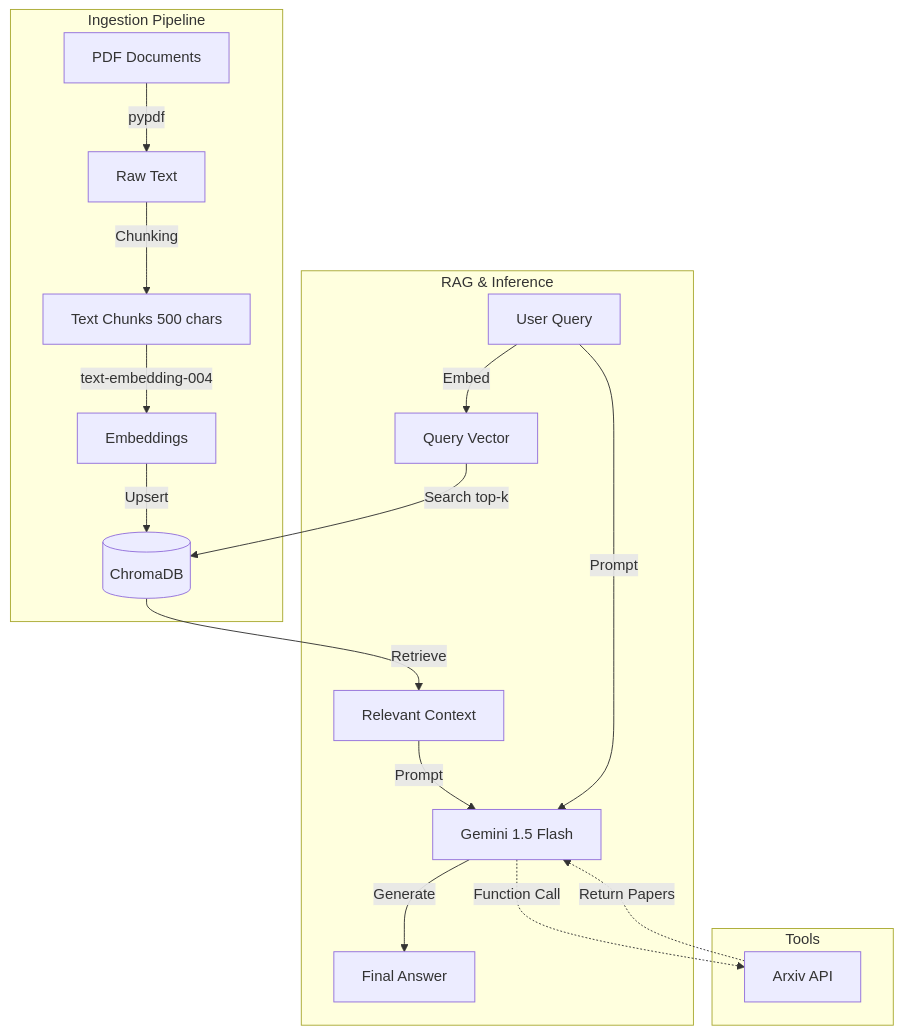
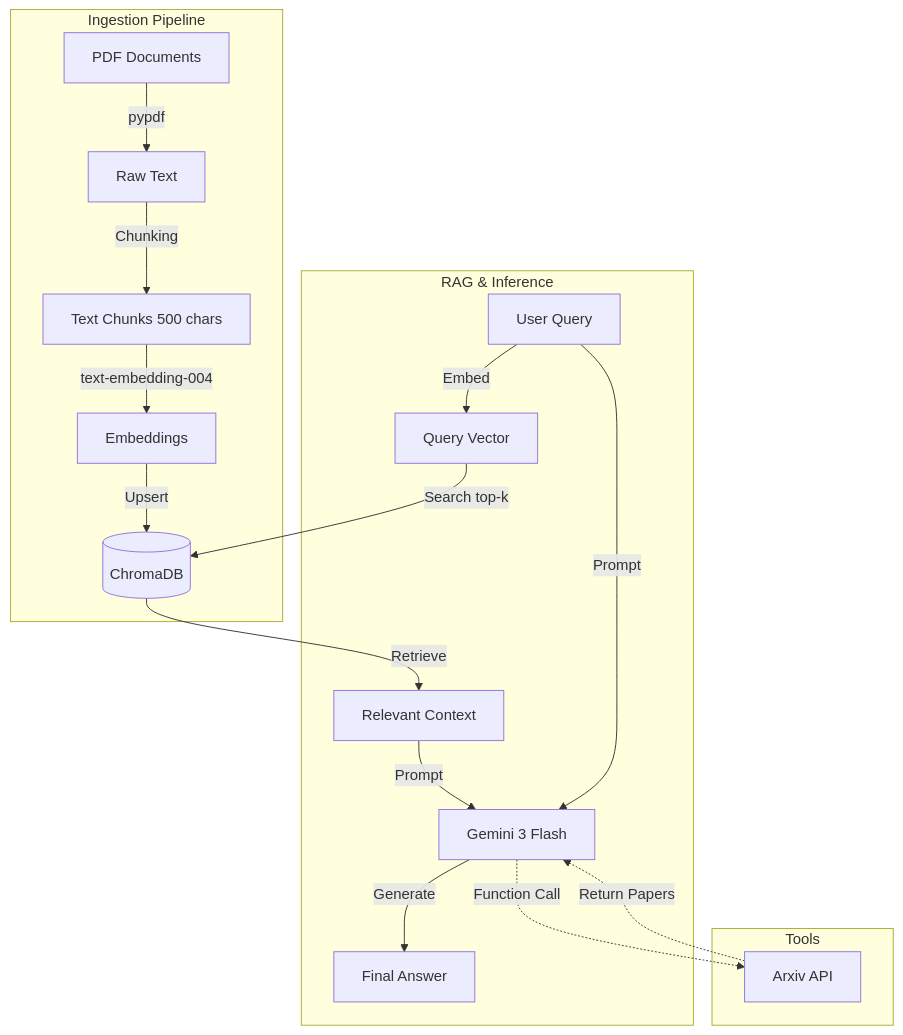
One commit to Aakhilshaik204/Callus-Stochastic changed the diagram in README.md. Above: the diagram before and after it, drawn with Mermaid. The commit also changed other lines of this file, not shown here.

````diff
--- a/README.md
+++ b/README.md
@@ -113,23 +113,23 @@
 ```mermaid
 graph TD
     subgraph Ingestion_Pipeline [Ingestion Pipeline]
         PDF[PDF Documents] --> |pypdf| Text[Raw Text]
         Text --> |Chunking| Chunks[Text Chunks 500 chars]
         Chunks --> |text-embedding-004| Vectors[Embeddings]
         Vectors --> |Upsert| Chroma[(ChromaDB)]
     end
 
     subgraph RAG_Flow [RAG & Inference]
         User[User Query] --> |Embed| QVec[Query Vector]
         QVec --> |Search top-k| Chroma
         Chroma --> |Retrieve| Context[Relevant Context]
-        Context --> |Prompt| LLM[Gemini 1.5 Flash]
+        Context --> |Prompt| LLM[Gemini 3 Flash]
         User --> |Prompt| LLM
         LLM --> |Generate| Answer[Final Answer]
     end
     
     subgraph Agentic_Tools [Tools]
         LLM -.-> |Function Call| Arxiv[Arxiv API]
         Arxiv -.-> |Return Papers| LLM
     end
 ```
````
